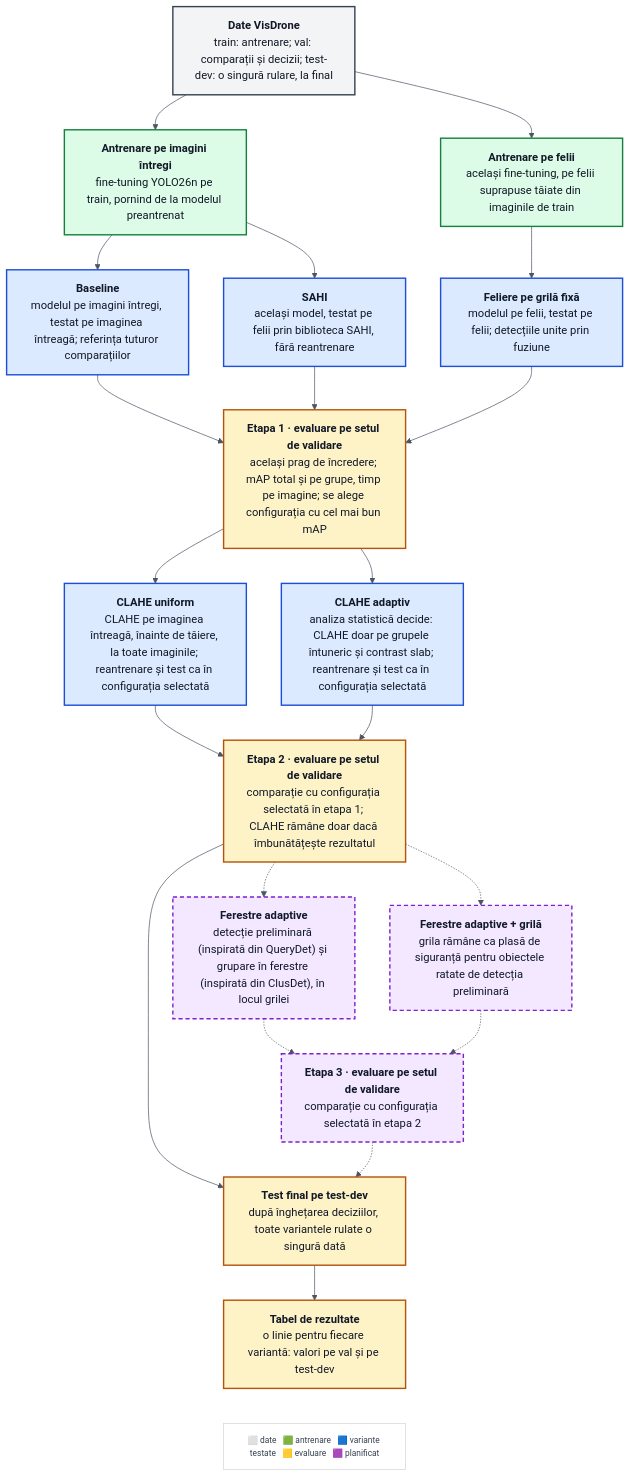
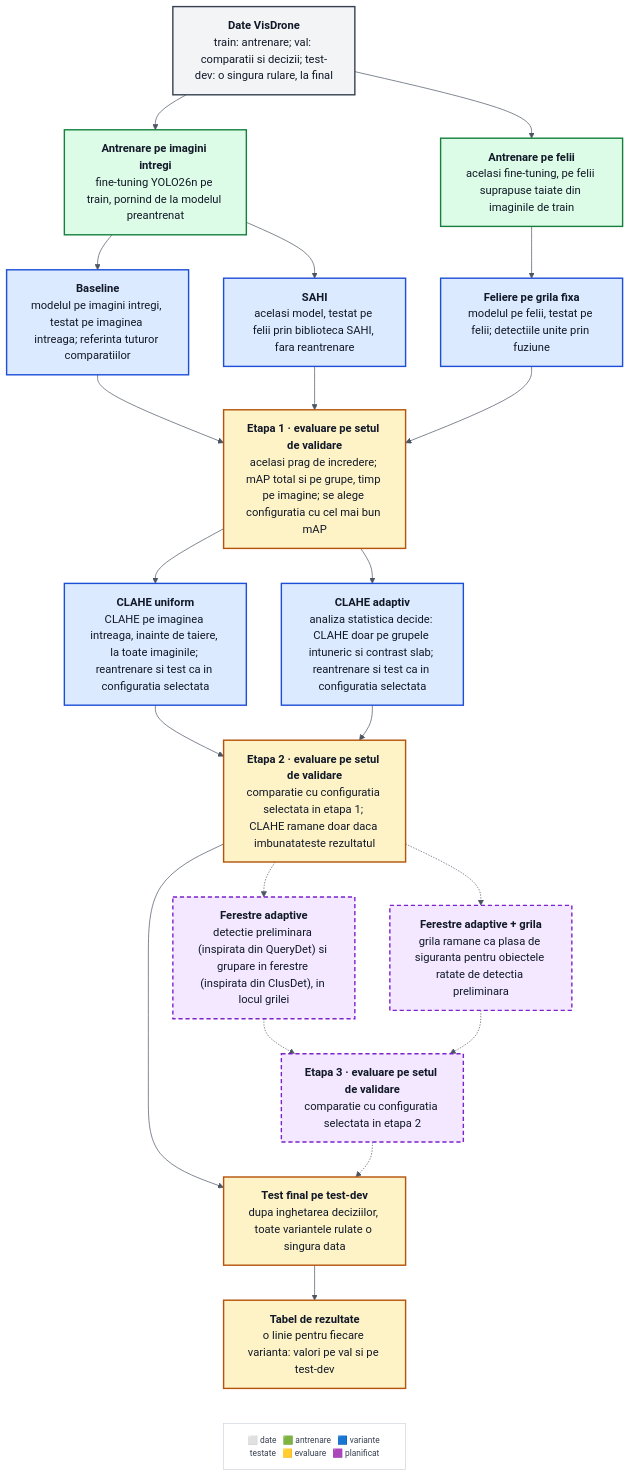
One commit to zaha27/pi-p changed the diagram in docs/benchmarkuri.md. Above: the diagram before and after it, drawn with Mermaid. The commit also changed 57 other files, not shown here.

````diff
--- a/docs/benchmarkuri.md
+++ b/docs/benchmarkuri.md
@@ -1,75 +1,75 @@
 ```mermaid
 %%{init: {'theme':'base','themeVariables':{'fontSize':'16px','lineColor':'#4B5563'}}}%%
 flowchart TB
     V["`**Date VisDrone**
-train: antrenare; val: comparații și decizii; test-dev: o singură rulare, la final`"]
-    TI["`**Antrenare pe imagini întregi**
+train: antrenare; val: comparatii si decizii; test-dev: o singura rulare, la final`"]
+    TI["`**Antrenare pe imagini intregi**
 fine-tuning YOLO26n pe train, pornind de la modelul preantrenat`"]
     TF["`**Antrenare pe felii**
-același fine-tuning, pe felii suprapuse tăiate din imaginile de train`"]
+acelasi fine-tuning, pe felii suprapuse taiate din imaginile de train`"]
 
     BL["`**Baseline**
-modelul pe imagini întregi, testat pe imaginea întreagă; referința tuturor comparațiilor`"]
+modelul pe imagini intregi, testat pe imaginea intreaga; referinta tuturor comparatiilor`"]
     SA["`**SAHI**
-același model, testat pe felii prin biblioteca SAHI, fără reantrenare`"]
-    GR["`**Feliere pe grilă fixă**
-modelul pe felii, testat pe felii; detecțiile unite prin fuziune`"]
+acelasi model, testat pe felii prin biblioteca SAHI, fara reantrenare`"]
+    GR["`**Feliere pe grila fixa**
+modelul pe felii, testat pe felii; detectiile unite prin fuziune`"]
     E1["`**Etapa 1 · evaluare pe setul de validare**
-același prag de încredere; mAP total și pe grupe, timp pe imagine; se alege configurația cu cel mai bun mAP`"]
+acelasi prag de incredere; mAP total si pe grupe, timp pe imagine; se alege configuratia cu cel mai bun mAP`"]
 
     CU["`**CLAHE uniform**
-CLAHE pe imaginea întreagă, înainte de tăiere, la toate imaginile; reantrenare și test ca în configurația selectată`"]
+CLAHE pe imaginea intreaga, inainte de taiere, la toate imaginile; reantrenare si test ca in configuratia selectata`"]
     CA["`**CLAHE adaptiv**
-analiza statistică decide: CLAHE doar pe grupele întuneric și contrast slab; reantrenare și test ca în configurația selectată`"]
+analiza statistica decide: CLAHE doar pe grupele intuneric si contrast slab; reantrenare si test ca in configuratia selectata`"]
     E2["`**Etapa 2 · evaluare pe setul de validare**
-comparație cu configurația selectată în etapa 1; CLAHE rămâne doar dacă îmbunătățește rezultatul`"]
+comparatie cu configuratia selectata in etapa 1; CLAHE ramane doar daca imbunatateste rezultatul`"]
 
     FA["`**Ferestre adaptive**
-detecție preliminară (inspirată din QueryDet) și grupare în ferestre (inspirată din ClusDet), în locul grilei`"]
-    FG["`**Ferestre adaptive + grilă**
-grila rămâne ca plasă de siguranță pentru obiectele ratate de detecția preliminară`"]
+detectie preliminara (inspirata din QueryDet) si grupare in ferestre (inspirata din ClusDet), in locul grilei`"]
+    FG["`**Ferestre adaptive + grila**
+grila ramane ca plasa de siguranta pentru obiectele ratate de detectia preliminara`"]
     E3["`**Etapa 3 · evaluare pe setul de validare**
-comparație cu configurația selectată în etapa 2`"]
+comparatie cu configuratia selectata in etapa 2`"]
 
     TD["`**Test final pe test-dev**
-după înghețarea deciziilor, toate variantele rulate o singură dată`"]
+dupa inghetarea deciziilor, toate variantele rulate o singura data`"]
     TR["`**Tabel de rezultate**
-o linie pentru fiecare variantă: valori pe val și pe test-dev`"]
+o linie pentru fiecare varianta: valori pe val si pe test-dev`"]
 
     V --> TI
     V --> TF
     TI --> BL
     TI --> SA
     TF --> GR
     BL --> E1
     SA --> E1
     GR --> E1
     E1 --> CU
     E1 --> CA
     CU --> E2
     CA --> E2
     E2 --> TD
     E2 -.-> FA
     E2 -.-> FG
     FA -.-> E3
     FG -.-> E3
     E3 -.-> TD
     TD --> TR
 
     LEG["⬜ date &nbsp; 🟩 antrenare &nbsp; 🟦 variante testate &nbsp; 🟨 evaluare &nbsp; 🟪 planificat"]
     TR ~~~ LEG
 
     classDef dat fill:#F3F4F6,stroke:#374151,stroke-width:2px,color:#111827
     classDef trn fill:#DCFCE7,stroke:#15803D,stroke-width:2px,color:#111827
     classDef var fill:#DBEAFE,stroke:#1D4ED8,stroke-width:2px,color:#111827
     classDef eva fill:#FEF3C7,stroke:#B45309,stroke-width:2px,color:#111827
     classDef plan fill:#F3E8FF,stroke:#7E22CE,stroke-width:2px,stroke-dasharray:6 4,color:#111827
     classDef leg fill:#FFFFFF,stroke:#D1D5DB,stroke-width:1px,color:#374151,font-size:12px
 
     class V dat
     class TI,TF trn
     class BL,SA,GR,CU,CA var
     class E1,E2,TD,TR eva
     class FA,FG,E3 plan
     class LEG leg
 ```
````
